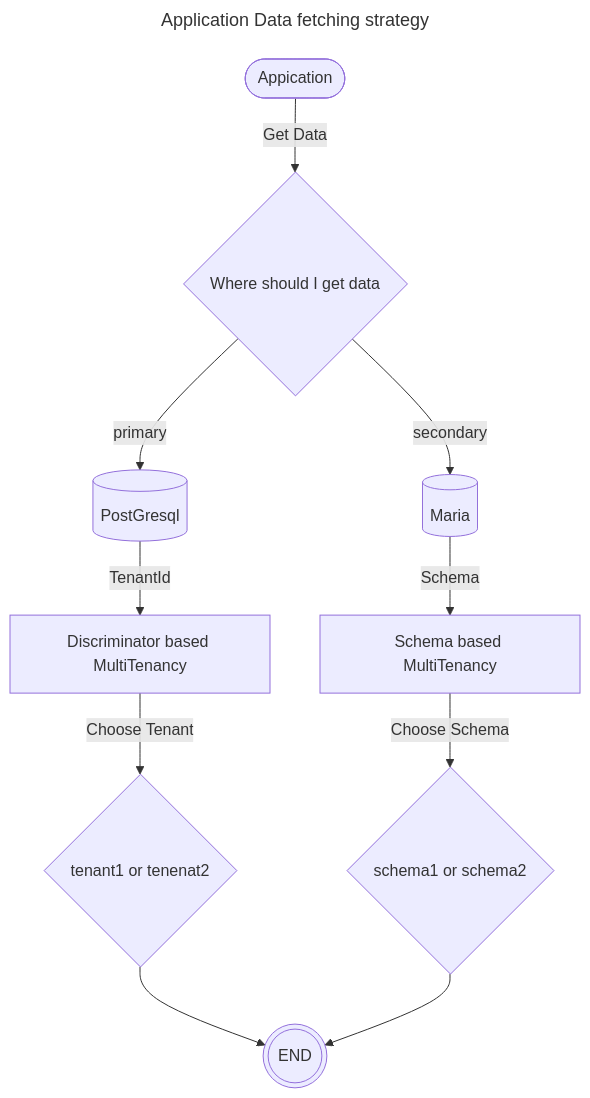
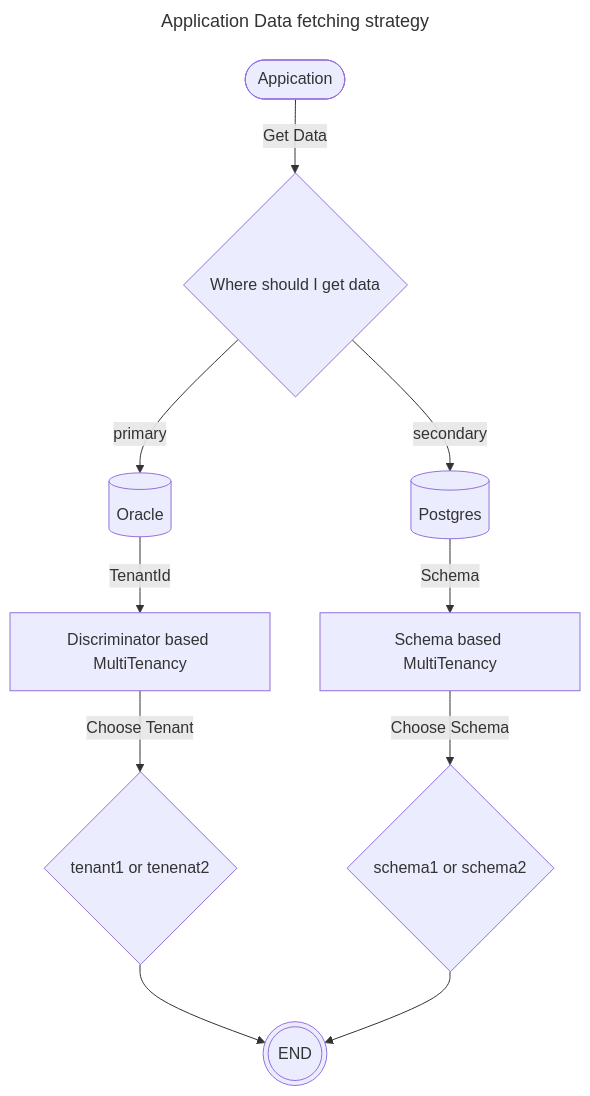
Before and after one commit to rajadilipkolli/my-spring-boot-experiments: the diagram in jpa/multitenancy/multidatasource-multitenancy/README.md, drawn with Mermaid. The commit also changed 6 other files, not shown here.

Commit message:
Using oracle as primary for junits

````diff
--- a/jpa/multitenancy/multidatasource-multitenancy/README.md
+++ b/jpa/multitenancy/multidatasource-multitenancy/README.md
@@ -9,15 +9,15 @@
 ```mermaid
 ---
 title: Application Data fetching strategy
 ---
 flowchart TD
     A([Appication]) -->|Get Data| B{Where should I get data}
-    B --> |primary| C[(PostGresql)]
-    B --> |secondary| D[(Maria)]
+    B --> |primary| C[(Oracle)]
+    B --> |secondary| D[(Postgres)]
     C --> |TenantId| E[Discriminator based MultiTenancy]
     D --> |Schema| F[Schema based MultiTenancy]
     E --> |Choose Tenant |G{tenant1 or tenenat2}
     F --> |Choose Schema |H{schema1 or schema2}
     G --> I(((END)))
     H --> I
 ```
````
